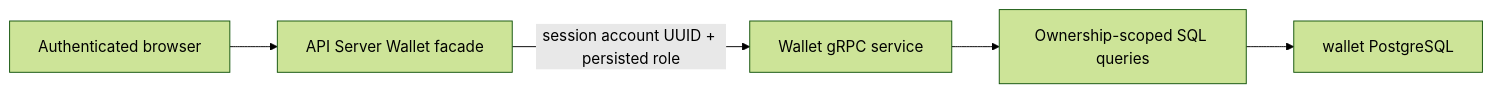
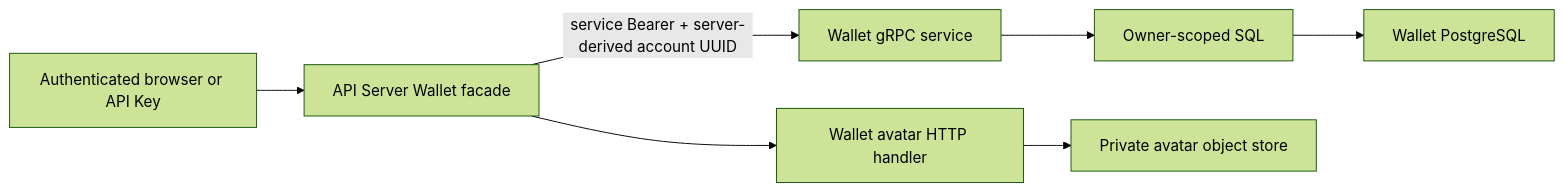
One commit to useryege/athena-o changed the diagram in docs/design/identity-access/wallet-ownership.md. Above: the diagram before and after it, drawn with Mermaid (forest theme). The commit also changed other lines of this file and 79 other files, not shown here.

````diff
--- a/docs/design/identity-access/wallet-ownership.md
+++ b/docs/design/identity-access/wallet-ownership.md
@@ -36,7 +36,9 @@
 ```mermaid
 flowchart LR
-    B["Authenticated browser"] --> A["API Server Wallet facade"]
-    A -->|"session account UUID + persisted role"| W["Wallet gRPC service"]
-    W --> Q["Ownership-scoped SQL queries"]
-    Q --> D["wallet PostgreSQL"]
+    B["Authenticated browser or API Key"] --> A["API Server Wallet facade"]
+    A -->|"service Bearer + server-derived account UUID"| W["Wallet gRPC service"]
+    W --> Q["Owner-scoped SQL"]
+    Q --> D["Wallet PostgreSQL"]
+    A --> H["Wallet avatar HTTP handler"]
+    H --> S["Private avatar object store"]
 ```
````
